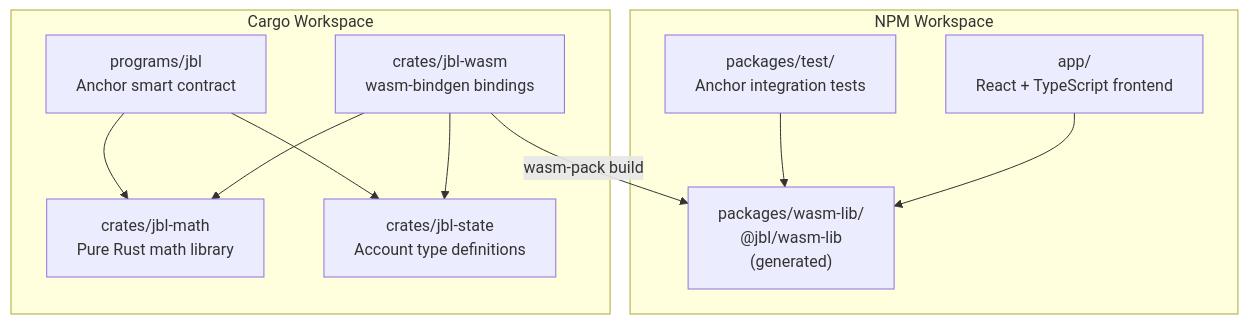
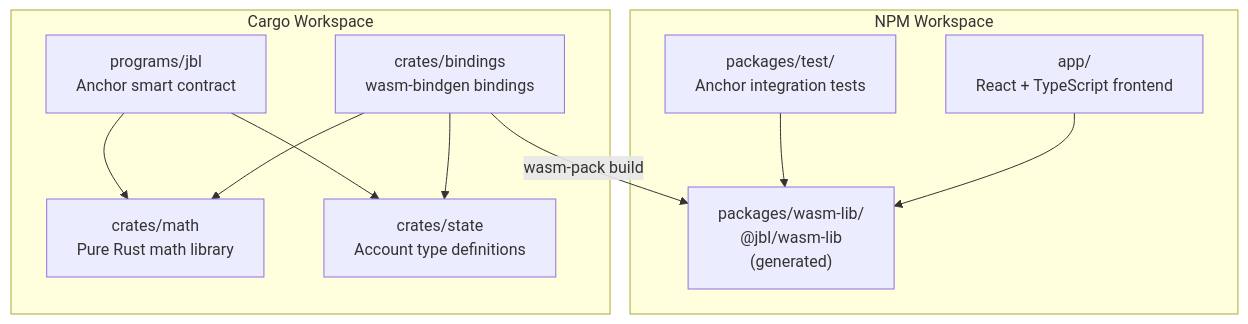
The first of 7 diagrams in ARCHITECTURE.md (calma-labs/calma), drawn with Mermaid before and after one commit. The commit also changed other lines of this file and 2 other files, not shown here.

````diff
--- a/ARCHITECTURE.md
+++ b/ARCHITECTURE.md
@@ -9,23 +9,23 @@
 ```mermaid
 graph TD
     subgraph NPM["NPM Workspace"]
         APP["app/\nReact + TypeScript frontend"]
         TEST["packages/test/\nAnchor integration tests"]
         WASM_PKG["packages/wasm-lib/\n@jbl/wasm-lib\n(generated)"]
     end
 
     subgraph CARGO["Cargo Workspace"]
         PROGRAM["programs/jbl\nAnchor smart contract"]
-        MATH["crates/jbl-math\nPure Rust math library"]
-        STATE["crates/jbl-state\nAccount type definitions"]
-        WASM_CRATE["crates/jbl-wasm\nwasm-bindgen bindings"]
+        MATH["crates/math\nPure Rust math library"]
+        STATE["crates/state\nAccount type definitions"]
+        WASM_CRATE["crates/bindings\nwasm-bindgen bindings"]
     end
 
     WASM_CRATE -->|"wasm-pack build"| WASM_PKG
     WASM_CRATE --> MATH
     WASM_CRATE --> STATE
     PROGRAM --> MATH
     PROGRAM --> STATE
     APP --> WASM_PKG
     TEST --> WASM_PKG
 ```
````
